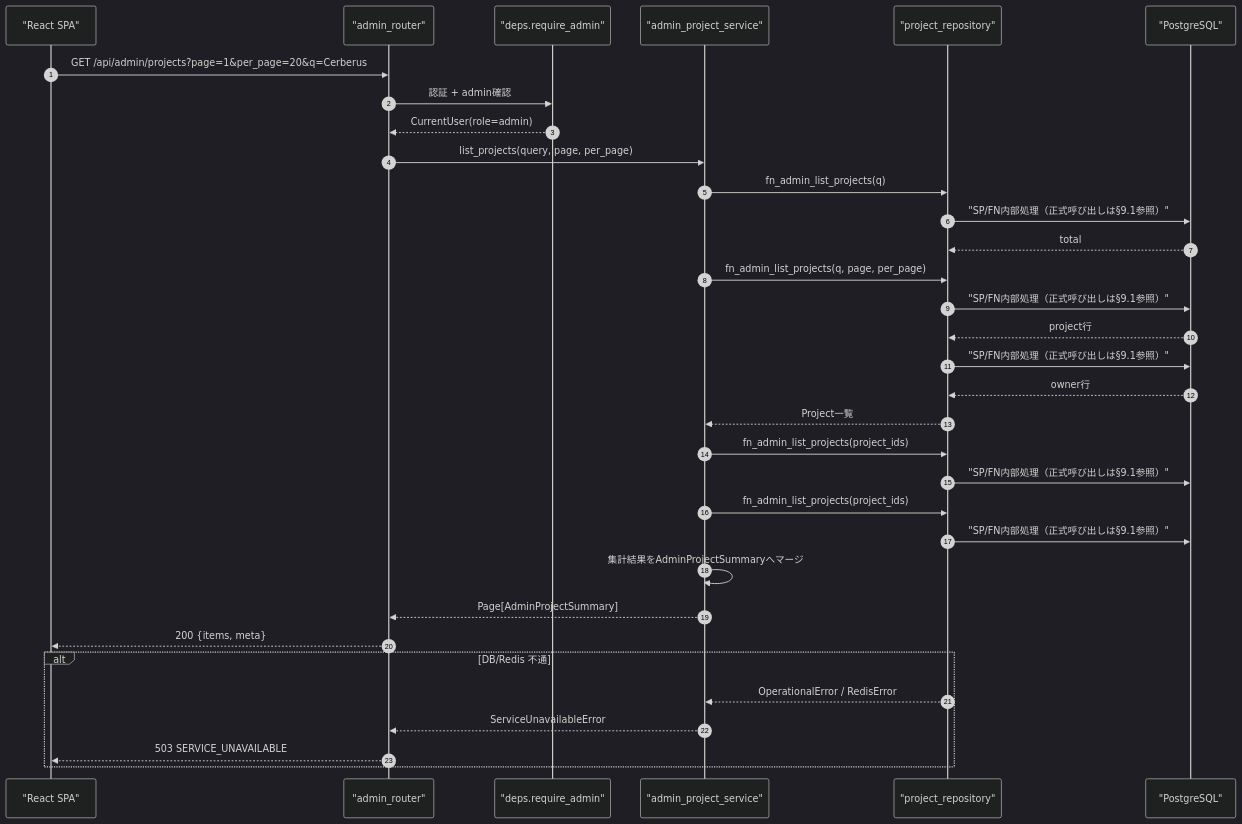
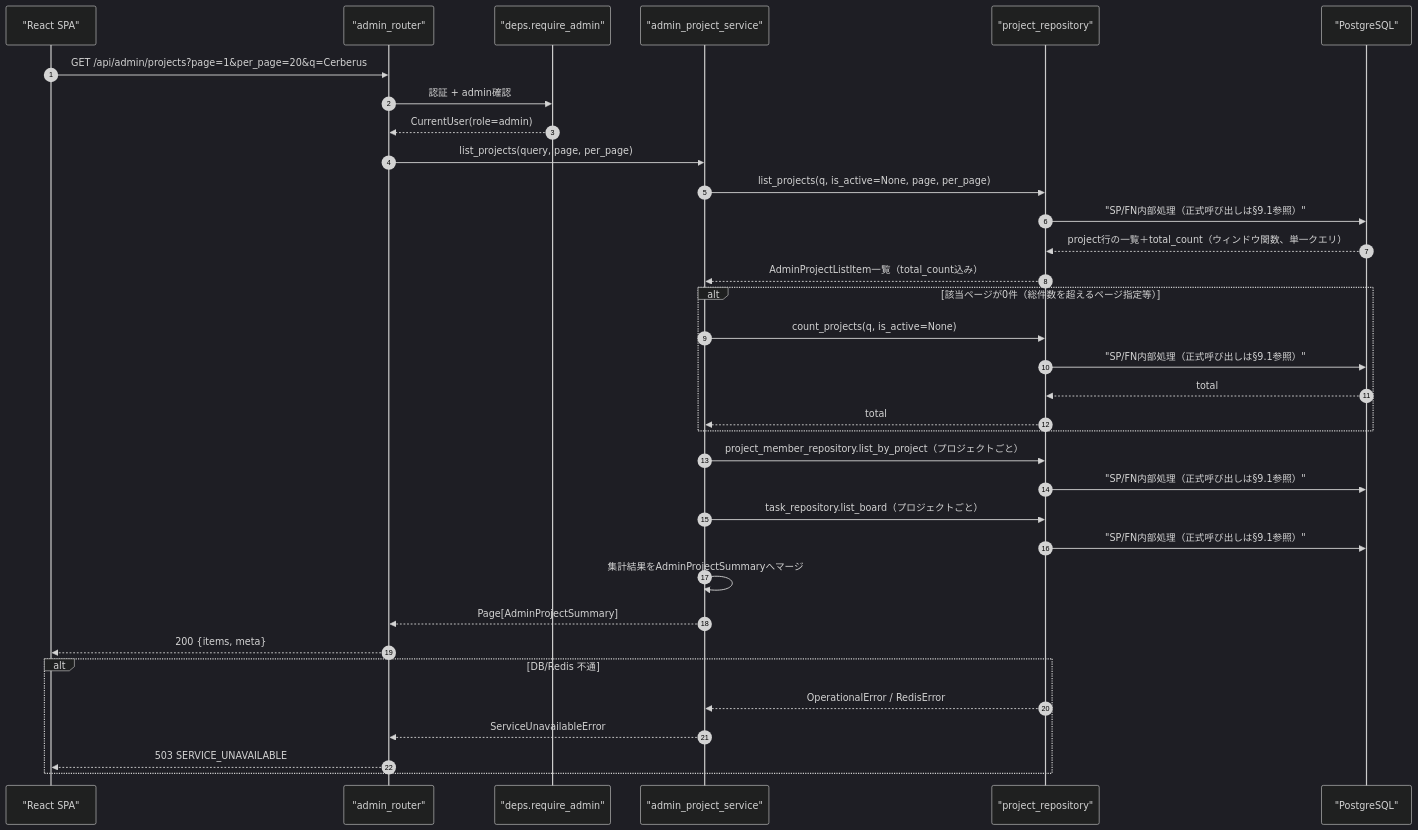
One commit to oikawa-d/task_management changed the first of 4 diagrams in docs/detailed_design/api/admin/05_get_admin_projects.md. Above: the diagram before and after it, drawn with Mermaid (dark theme). The commit also changed other lines of this file and 28 other files, not shown here.

First line of the commit message:
fix: #347レビュー対応（total_count・監査ログ・SP1回呼び出し・RedisError限定）

````diff
--- a/docs/detailed_design/api/admin/05_get_admin_projects.md
+++ b/docs/detailed_design/api/admin/05_get_admin_projects.md
@@ -109,36 +109,37 @@
 ```mermaid
 sequenceDiagram
     autonumber
     participant FE as "React SPA"
     participant R as "admin_router"
     participant D as "deps.require_admin"
     participant S as "admin_project_service"
     participant RP as "project_repository"
     participant PG as "PostgreSQL"
 
     FE->>R: GET /api/admin/projects?page=1&per_page=20&q=Cerberus
     R->>D: 認証 + admin確認
     D-->>R: CurrentUser(role=admin)
     R->>S: list_projects(query, page, per_page)
-    S->>RP: fn_admin_list_projects(q)
+    S->>RP: list_projects(q, is_active=None, page, per_page)
     RP->>PG: "SP/FN内部処理（正式呼び出しは§9.1参照）"
-    PG-->>RP: total
-    S->>RP: fn_admin_list_projects(q, page, per_page)
+    PG-->>RP: project行の一覧＋total_count（ウィンドウ関数、単一クエリ）
+    RP-->>S: AdminProjectListItem一覧（total_count込み）
+    alt 該当ページが0件（総件数を超えるページ指定等）
+        S->>RP: count_projects(q, is_active=None)
+        RP->>PG: "SP/FN内部処理（正式呼び出しは§9.1参照）"
+        PG-->>RP: total
+        RP-->>S: total
+    end
+    S->>RP: project_member_repository.list_by_project（プロジェクトごと）
     RP->>PG: "SP/FN内部処理（正式呼び出しは§9.1参照）"
-    PG-->>RP: project行
-    RP->>PG: "SP/FN内部処理（正式呼び出しは§9.1参照）"
-    PG-->>RP: owner行
-    RP-->>S: Project一覧
-    S->>RP: fn_admin_list_projects(project_ids)
-    RP->>PG: "SP/FN内部処理（正式呼び出しは§9.1参照）"
-    S->>RP: fn_admin_list_projects(project_ids)
+    S->>RP: task_repository.list_board（プロジェクトごと）
     RP->>PG: "SP/FN内部処理（正式呼び出しは§9.1参照）"
     S->>S: 集計結果をAdminProjectSummaryへマージ
     S-->>R: Page[AdminProjectSummary]
     R-->>FE: 200 {items, meta}
     alt DB/Redis 不通
         RP-->>S: OperationalError / RedisError
         S-->>R: ServiceUnavailableError
         R-->>FE: 503 SERVICE_UNAVAILABLE
     end
 ```
````
